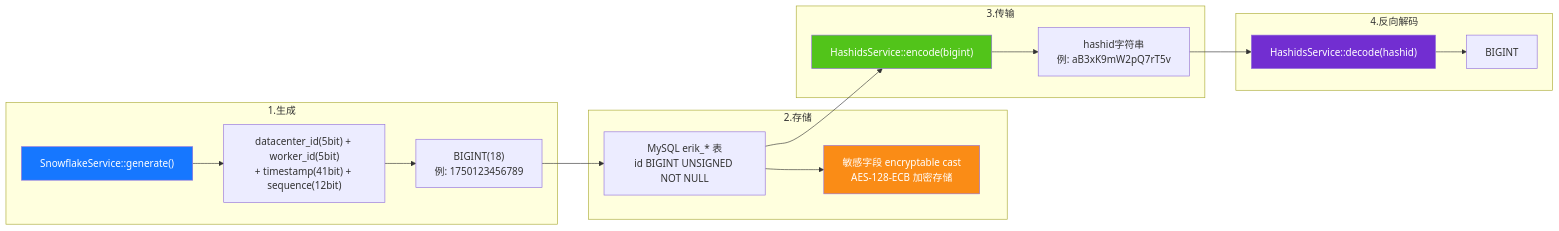
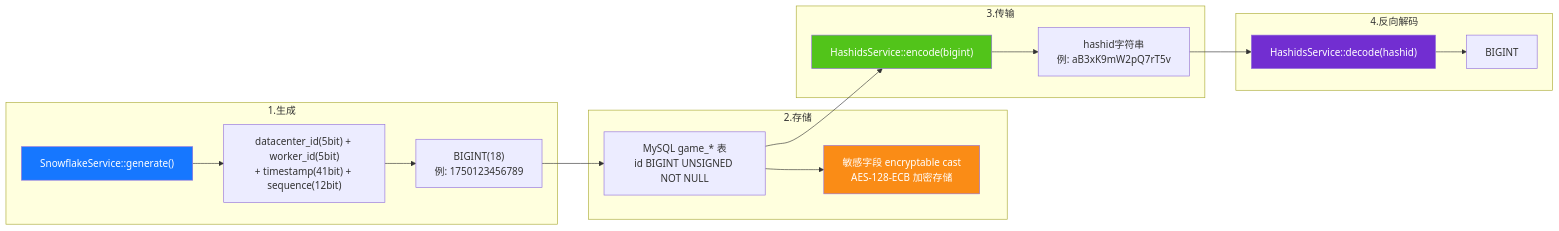
Before and after one commit to erikwang2013/game-platform-php: the diagram in admin/docs/diagrams/06-id-lifecycle.bn.md, drawn with Mermaid. The commit also changed 345 other files, not shown here.

````diff
--- a/admin/docs/diagrams/06-id-lifecycle.bn.md
+++ b/admin/docs/diagrams/06-id-lifecycle.bn.md
@@ -7,32 +7,32 @@
 ```mermaid
 flowchart LR
     subgraph gen["1.生成"]
         g1["SnowflakeService::generate()"]
         g2["datacenter_id(5bit) + worker_id(5bit)<br/>+ timestamp(41bit) + sequence(12bit)"]
         g3["BIGINT(18)<br/>例: 1750123456789"]
         g1 --> g2 --> g3
     end
 
     subgraph store["2.存储"]
-        s1["MySQL erik_* 表<br/>id BIGINT UNSIGNED NOT NULL"]
+        s1["MySQL game_* 表<br/>id BIGINT UNSIGNED NOT NULL"]
         s2["敏感字段 encryptable cast<br/>AES-128-ECB 加密存储"]
         g3 --> s1 --> s2
     end
 
     subgraph transfer["3.传输"]
         t1["HashidsService::encode(bigint)"]
         t2["hashid字符串<br/>例: aB3xK9mW2pQ7rT5v"]
         s1 --> t1 --> t2
     end
 
     subgraph reverse["4.反向解码"]
         r1["HashidsService::decode(hashid)"]
         r2["BIGINT"]
         t2 --> r1 --> r2
     end
 
     style g1 fill:#1677FF,color:#fff
     style s2 fill:#FA8C16,color:#fff
     style t1 fill:#52C41A,color:#fff
     style r1 fill:#722ED1,color:#fff
 ```
````
